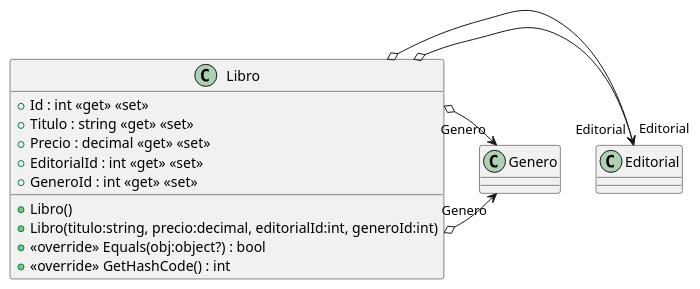
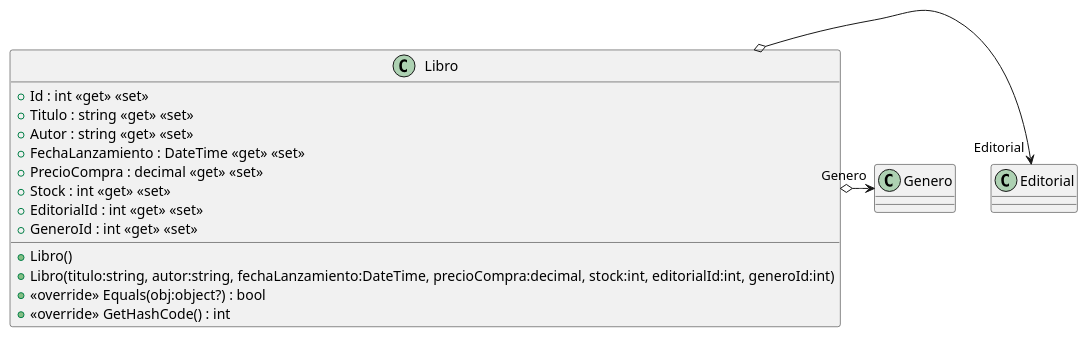
Before and after one commit to ISII2627NPA/ISII2627NPA: the diagram in src/AppForSEII.API/ClassDiagram/Libro.puml, drawn with PlantUML. The commit also changed other lines of this file and 1 other file, not shown here.

Commit message:
Cambio en la clase libro por falta de atributos

```diff
--- a/src/AppForSEII.API/ClassDiagram/Libro.puml
+++ b/src/AppForSEII.API/ClassDiagram/Libro.puml
@@ -1,19 +1,19 @@
 @startuml
 class Libro {
     + Libro()
-    + Libro(titulo:string, precio:decimal, editorialId:int, generoId:int)
+    + Libro(titulo:string, autor:string, fechaLanzamiento:DateTime, precioCompra:decimal, stock:int, editorialId:int, generoId:int)
     + Id : int <<get>> <<set>>
     + Titulo : string <<get>> <<set>>
-    + Precio : decimal <<get>> <<set>>
+    + Autor : string <<get>> <<set>>
+    + FechaLanzamiento : DateTime <<get>> <<set>>
+    + PrecioCompra : decimal <<get>> <<set>>
+    + Stock : int <<get>> <<set>>
     + EditorialId : int <<get>> <<set>>
     + GeneroId : int <<get>> <<set>>
     + <<override>> Equals(obj:object?) : bool
     + <<override>> GetHashCode() : int
 }
 
- 
-Libro o-> "Editorial" Editorial
-Libro o-> "Genero" Genero
 Libro o-> "Editorial" Editorial
 Libro o-> "Genero" Genero
 @enduml
```
